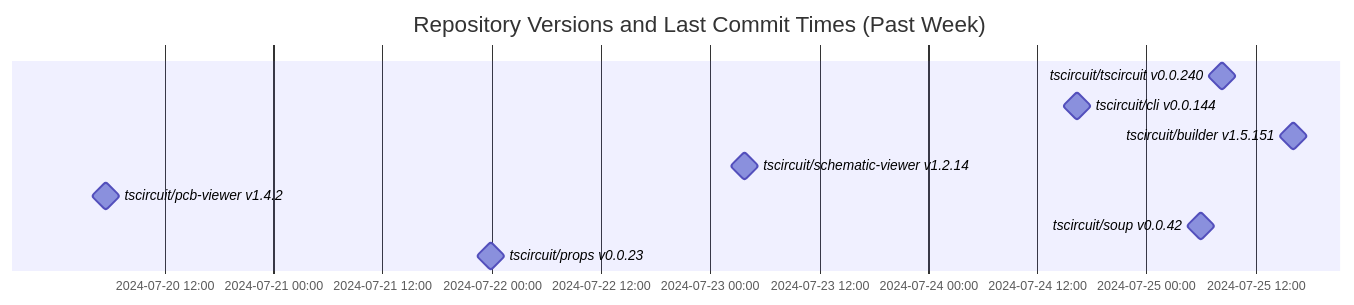
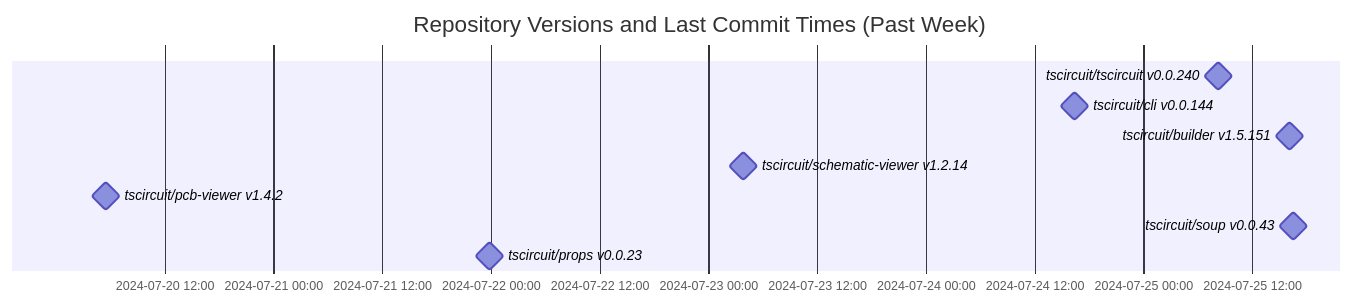
Before and after one commit to tscircuit/version-tracker: the diagram in README.md, drawn with Mermaid.

Commit message:
Update chart

````diff
--- a/README.md
+++ b/README.md
@@ -1,14 +1,14 @@
 ```mermaid
 gantt
   dateFormat  YYYY-MM-DD HH:mm:ss
   title Repository Versions and Last Commit Times (Past Week)
   axisFormat %Y-%m-%d %H:%M
 
   tscircuit/tscircuit v0.0.240 : milestone, 2024-07-25 08:15:50, 1s
   tscircuit/cli v0.0.144 : milestone, 2024-07-24 16:24:13, 1s
   tscircuit/builder v1.5.151 : milestone, 2024-07-25 16:09:34, 1s
   tscircuit/schematic-viewer v1.2.14 : milestone, 2024-07-23 03:50:56, 1s
   tscircuit/pcb-viewer v1.4.2 : milestone, 2024-07-20 05:34:23, 1s
-  tscircuit/soup v0.0.42 : milestone, 2024-07-25 05:56:46, 1s
+  tscircuit/soup v0.0.43 : milestone, 2024-07-25 16:35:25, 1s
   tscircuit/props v0.0.23 : milestone, 2024-07-21 23:57:13, 1s
 ```
````
